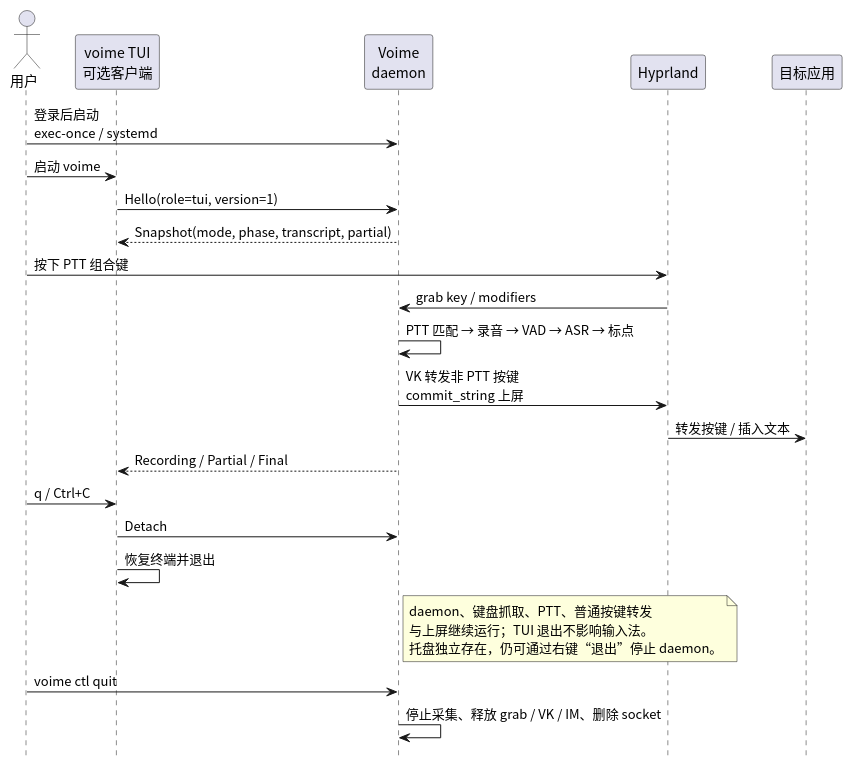
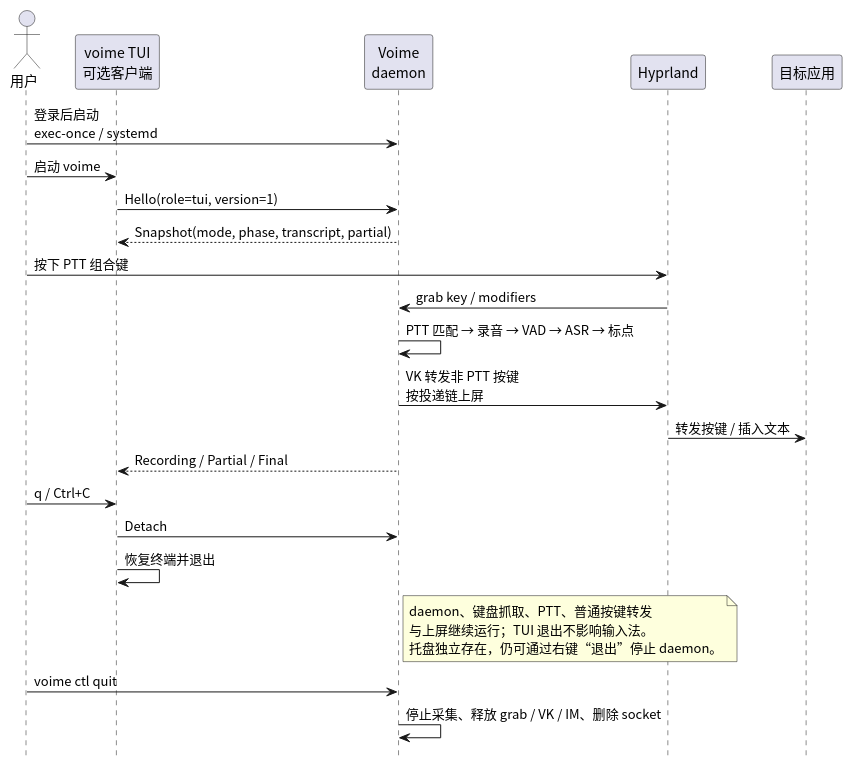
One commit to 54m43lJ/voime changed the diagram in diagram/seq-tui-attach.puml. Above: the diagram before and after it, drawn with PlantUML. The commit also changed 31 other files, not shown here.

```diff
--- a/diagram/seq-tui-attach.puml
+++ b/diagram/seq-tui-attach.puml
@@ -1,34 +1,34 @@
 @startuml
 skinparam defaultFontName "Noto Sans CJK SC"
 skinparam shadowing false
 hide footbox
 
 actor "用户" as User
 participant "voime TUI\n可选客户端" as Tui
 participant "Voime\ndaemon" as Voime
 participant "Hyprland" as Compositor
 participant "目标应用" as App
 
 User -> Voime : 登录后启动\nexec-once / systemd
 User -> Tui : 启动 voime
 Tui -> Voime : Hello(role=tui, version=1)
 Voime --> Tui : Snapshot(mode, phase, transcript, partial)
 User -> Compositor : 按下 PTT 组合键
 Compositor -> Voime : grab key / modifiers
 Voime -> Voime : PTT 匹配 → 录音 → VAD → ASR → 标点
-Voime -> Compositor : VK 转发非 PTT 按键\ncommit_string 上屏
+Voime -> Compositor : VK 转发非 PTT 按键\n按投递链上屏
 Compositor -> App : 转发按键 / 插入文本
 Voime --> Tui : Recording / Partial / Final
 
 User -> Tui : q / Ctrl+C
 Tui -> Voime : Detach
 Tui -> Tui : 恢复终端并退出
 note right of Voime
   daemon、键盘抓取、PTT、普通按键转发
   与上屏继续运行；TUI 退出不影响输入法。
   托盘独立存在，仍可通过右键“退出”停止 daemon。
 end note
 
 User -> Voime : voime ctl quit
 Voime -> Voime : 停止采集、释放 grab / VK / IM、删除 socket
 @enduml
```
